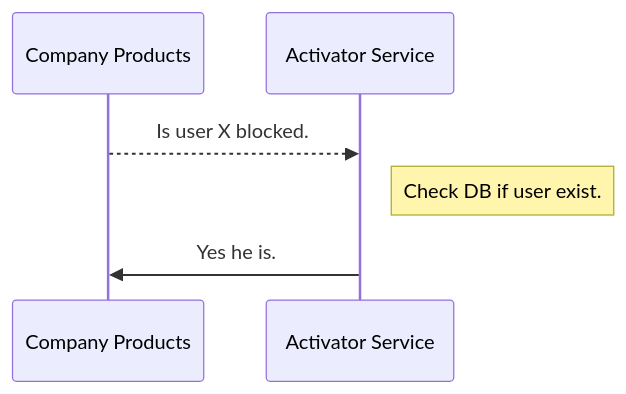
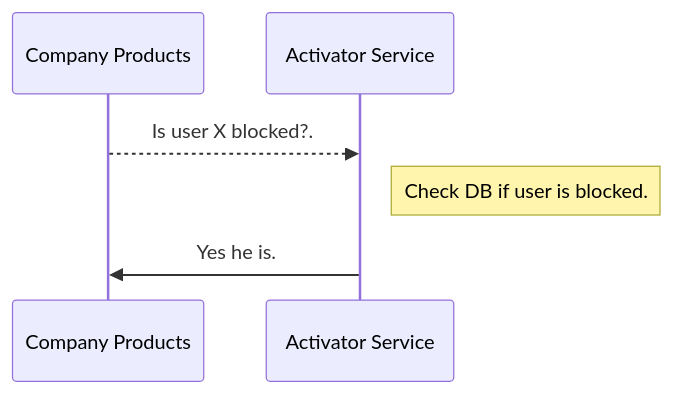
One commit to alidabour/billing_system_design changed the eighth of 8 diagrams in README.md. Above: the diagram before and after it, drawn with Mermaid. The commit also changed other lines of this file, not shown here.

Commit message:
Update image url and active user sequence diagram

````diff
--- a/README.md
+++ b/README.md
@@ -88,6 +88,6 @@
 ```mermaid
 sequenceDiagram
-Company Products -->> Activator Service: Is user X blocked.
-Note right of Activator Service: Check DB if user exist.
+Company Products -->> Activator Service: Is user X blocked?.
+Note right of Activator Service: Check DB if user is blocked.
 Activator Service ->> Company Products: Yes he is.
 ```
````
